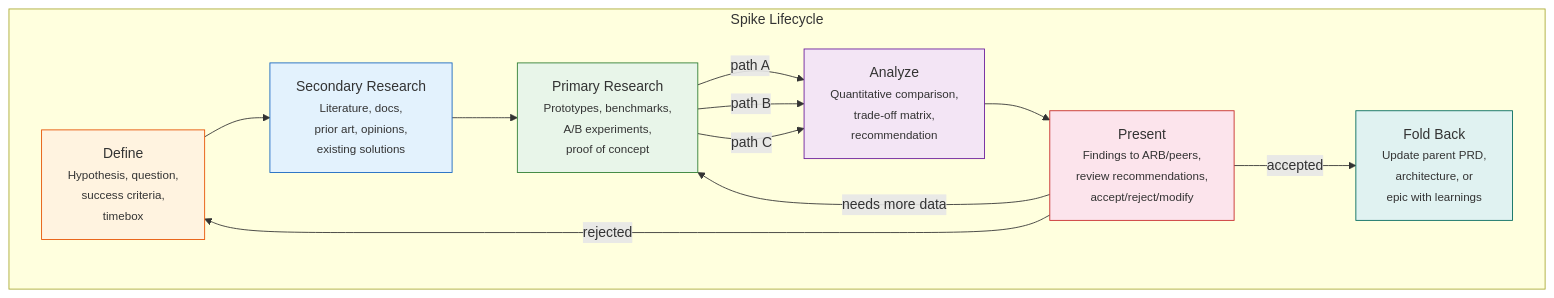
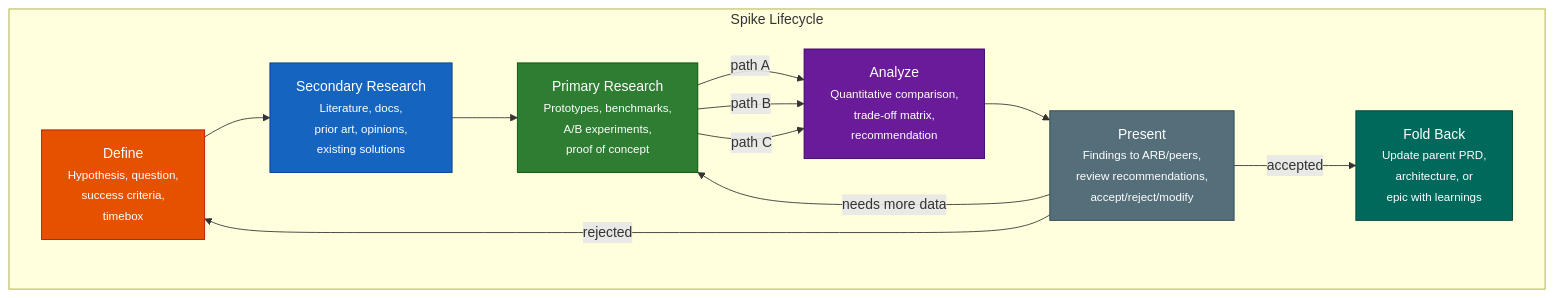
One commit to slabgorb/orc-penny changed diagram 12 of 13 in docs/lifecycle-improvement-rs.md. Above: the diagram before and after it, drawn with Mermaid. The commit also changed other lines of this file, not shown here.

````diff
--- a/docs/lifecycle-improvement-rs.md
+++ b/docs/lifecycle-improvement-rs.md
@@ -269,28 +567,28 @@
 ```mermaid
 graph TD
     subgraph "Spike Lifecycle"
         DEFINE["Define<br/><small>Hypothesis, question,<br/>success criteria,<br/>timebox</small>"]
         SECONDARY["Secondary Research<br/><small>Literature, docs,<br/>prior art, opinions,<br/>existing solutions</small>"]
         PRIMARY["Primary Research<br/><small>Prototypes, benchmarks,<br/>A/B experiments,<br/>proof of concept</small>"]
         ANALYZE["Analyze<br/><small>Quantitative comparison,<br/>trade-off matrix,<br/>recommendation</small>"]
         PRESENT["Present<br/><small>Findings to ARB/peers,<br/>review recommendations,<br/>accept/reject/modify</small>"]
         FOLD["Fold Back<br/><small>Update parent PRD,<br/>architecture, or<br/>epic with learnings</small>"]
     end
 
     DEFINE --> SECONDARY
     SECONDARY --> PRIMARY
     PRIMARY -->|"path A"| ANALYZE
     PRIMARY -->|"path B"| ANALYZE
     PRIMARY -->|"path C"| ANALYZE
     ANALYZE --> PRESENT
     PRESENT -->|"accepted"| FOLD
     PRESENT -->|"rejected"| DEFINE
     PRESENT -->|"needs more data"| PRIMARY
 
-    style DEFINE fill:#fff3e0,stroke:#e65100
-    style SECONDARY fill:#e3f2fd,stroke:#1565c0
-    style PRIMARY fill:#e8f5e9,stroke:#2e7d32
-    style ANALYZE fill:#f3e5f5,stroke:#6a1b9a
-    style PRESENT fill:#fce4ec,stroke:#c62828
-    style FOLD fill:#e0f2f1,stroke:#00695c
+    style DEFINE fill:#e65100,stroke:#ac1900,color:#fff
+    style SECONDARY fill:#1565c0,stroke:#003c8f,color:#fff
+    style PRIMARY fill:#2e7d32,stroke:#005005,color:#fff
+    style ANALYZE fill:#6a1b9a,stroke:#38006b,color:#fff
+    style PRESENT fill:#546e7a,stroke:#29434e,color:#fff
+    style FOLD fill:#00695c,stroke:#003d33,color:#fff
 ```
````
